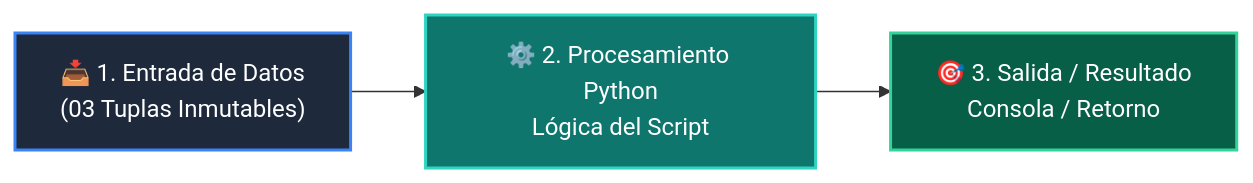
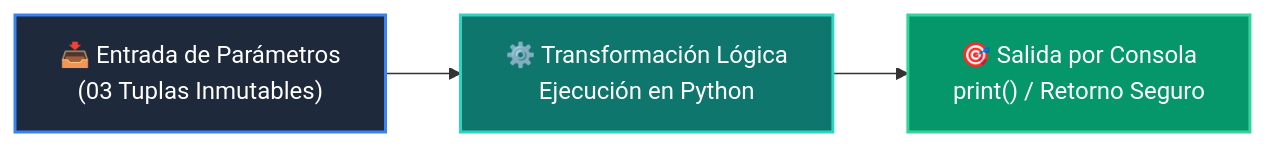
One commit to wisrovi/wisrovi-python changed the diagram in 01-fundamentos-python/clase-05-listas-y-colecciones/ejemplos/ejemplo_03_tuplas_inmutables/README.md. Above: the diagram before and after it, drawn with Mermaid. The commit also changed other lines of this file and 226 other files, not shown here.

Commit message:
docs: elevate all repository READMEs to world-class mastery standard with rich pedagogical architecture, custom Mermaids, and professional styling

````diff
--- a/01-fundamentos-python/clase-05-listas-y-colecciones/ejemplos/ejemplo_03_tuplas_inmutables/README.md
+++ b/01-fundamentos-python/clase-05-listas-y-colecciones/ejemplos/ejemplo_03_tuplas_inmutables/README.md
@@ -12,9 +19,9 @@
 ```mermaid
 flowchart LR
-    A["📥 1. Entrada de Datos<br/>(03 Tuplas Inmutables)"] --> B["⚙️ 2. Procesamiento Python<br/>Lógica del Script"]
-    B --> C["🎯 3. Salida / Resultado<br/>Consola / Retorno"]
+    A["📥 Entrada de Parámetros<br/>(03 Tuplas Inmutables)"] --> B["⚙️ Transformación Lógica<br/>Ejecución en Python"]
+    B --> C["🎯 Salida por Consola<br/>print() / Retorno Seguro"]
 
-    style A fill:#1e293b,color:#fff,stroke:#3b82f6,stroke-width:2px
-    style B fill:#0f766e,color:#fff,stroke:#2dd4bf,stroke-width:2px
-    style C fill:#065f46,color:#fff,stroke:#34d399,stroke-width:2px
+    style A fill:#1e293b,color:#ffffff,stroke:#3b82f6,stroke-width:2px
+    style B fill:#0f766e,color:#ffffff,stroke:#2dd4bf,stroke-width:2px
+    style C fill:#059669,color:#ffffff,stroke:#34d399,stroke-width:2px
 ```
````
